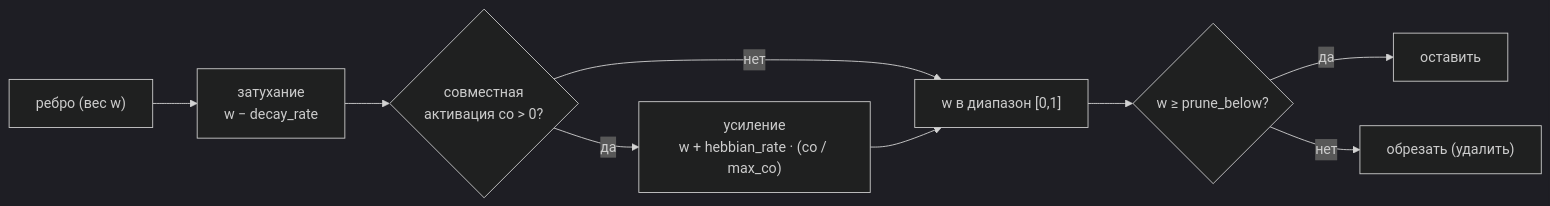
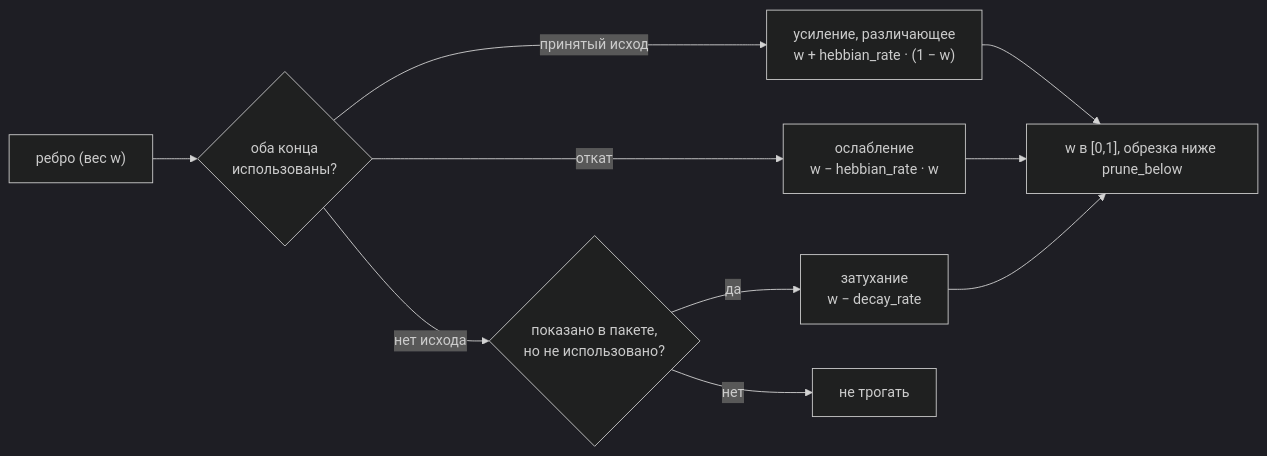
One commit to Kvazar123/llm-amg changed the second of 3 diagrams in docs/ru/architecture/07-consolidation.md. Above: the diagram before and after it, drawn with Mermaid (dark theme). The commit also changed other lines of this file and 10 other files, not shown here.

````diff
--- a/docs/ru/architecture/07-consolidation.md
+++ b/docs/ru/architecture/07-consolidation.md
@@ -31,11 +31,12 @@
 ```mermaid
 flowchart LR
-    E["ребро (вес w)"] --> D["затухание<br/>w − decay_rate"]
-    D --> H{совместная<br/>активация co > 0?}
-    H -->|да| R["усиление<br/>w + hebbian_rate · (co / max_co)"]
-    H -->|нет| C["w в диапазон [0,1]"]
-    R --> C
-    C --> PR{w ≥ prune_below?}
-    PR -->|да| K["оставить"]
-    PR -->|нет| X["обрезать (удалить)"]
+    E["ребро (вес w)"] --> O{оба конца<br/>использованы?}
+    O -->|"принятый исход"| R["усиление, различающее<br/>w + hebbian_rate · (1 − w)"]
+    O -->|"откат"| P["ослабление<br/>w − hebbian_rate · w"]
+    O -->|"нет исхода"| S{показано в пакете,<br/>но не использовано?}
+    S -->|да| D["затухание<br/>w − decay_rate"]
+    S -->|нет| K["не трогать"]
+    R --> C["w в [0,1], обрезка ниже prune_below"]
+    P --> C
+    D --> C
 ```
````
